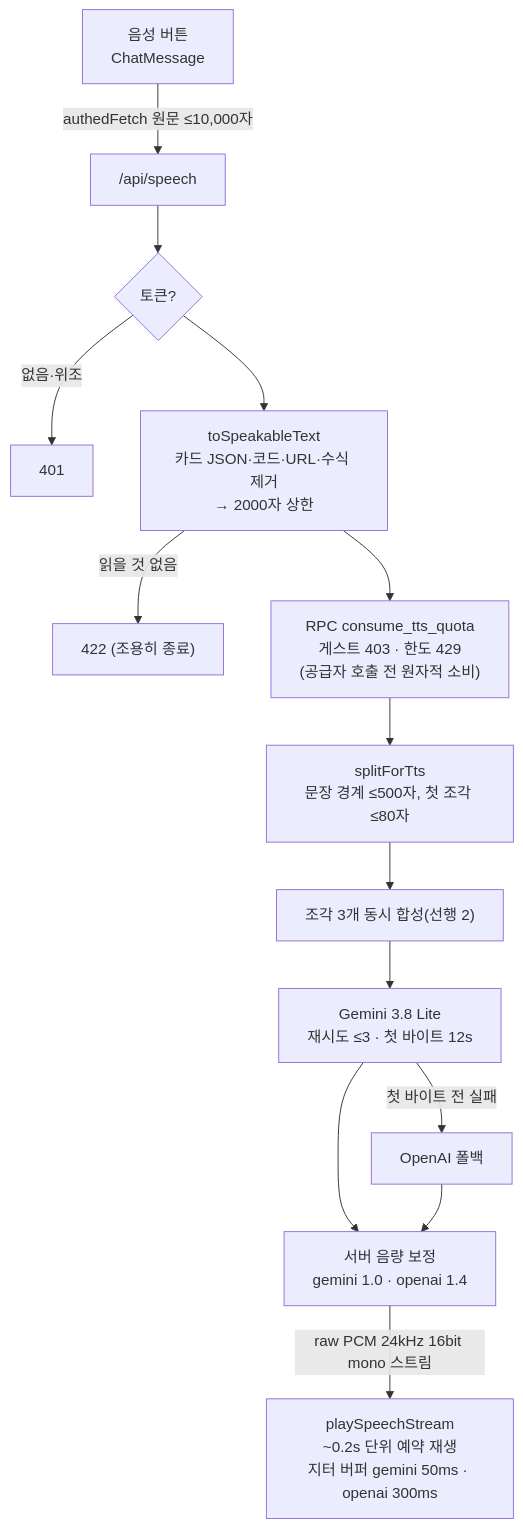
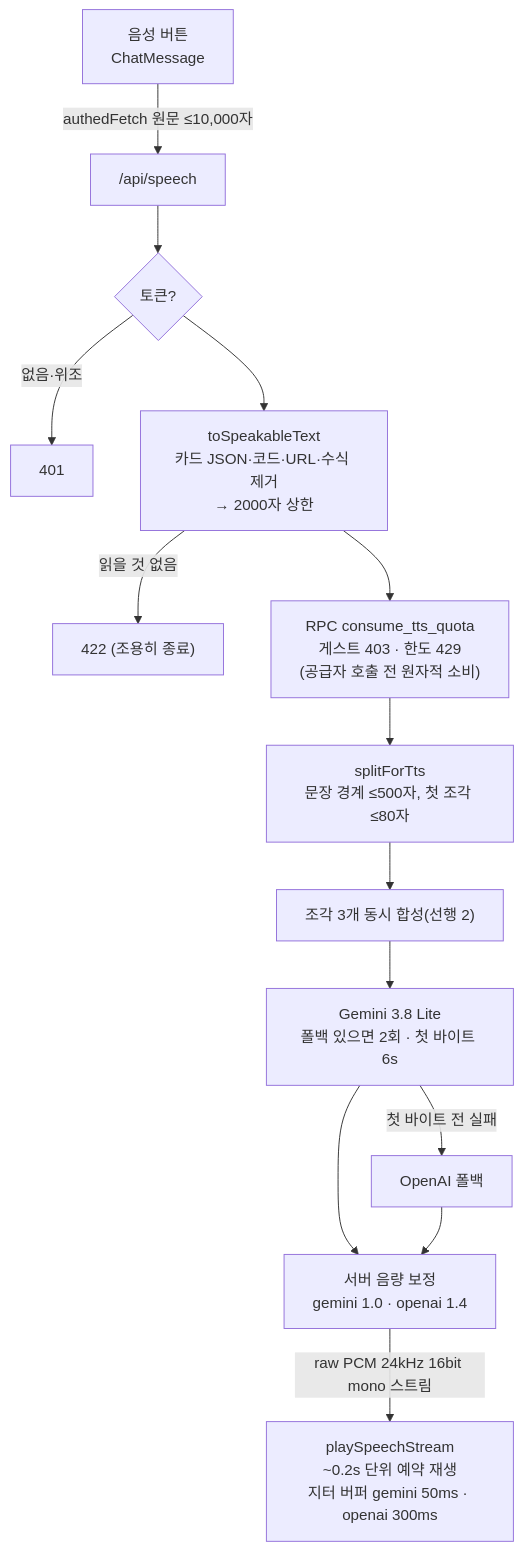
Before and after one commit to jpjp92/chat-agent: the diagram in docs/guide/REF_TTS.md, drawn with Mermaid. The commit also changed other lines of this file and 2 other files, not shown here.

````diff
--- a/docs/guide/REF_TTS.md
+++ b/docs/guide/REF_TTS.md
@@ -57,16 +57,16 @@
 ```mermaid
 flowchart TB
     Btn["음성 버튼<br/>ChatMessage"] -->|"authedFetch 원문 ≤10,000자"| Route["/api/speech"]
     Route --> Auth{"토큰?"}
     Auth -->|없음·위조| R401["401"]
     Auth --> Clean["toSpeakableText<br/>카드 JSON·코드·URL·수식 제거<br/>→ 2000자 상한"]
     Clean -->|읽을 것 없음| R422["422 (조용히 종료)"]
     Clean --> Quota["RPC consume_tts_quota<br/>게스트 403 · 한도 429<br/>(공급자 호출 전 원자적 소비)"]
     Quota --> Split["splitForTts<br/>문장 경계 ≤500자, 첫 조각 ≤80자"]
     Split --> Pre["조각 3개 동시 합성(선행 2)"]
-    Pre --> P1["Gemini 3.8 Lite<br/>재시도 ≤3 · 첫 바이트 12s"]
+    Pre --> P1["Gemini 3.8 Lite<br/>폴백 있으면 2회 · 첫 바이트 6s"]
     P1 -->|"첫 바이트 전 실패"| P2["OpenAI 폴백"]
     P1 --> Gain["서버 음량 보정<br/>gemini 1.0 · openai 1.4"]
     P2 --> Gain
     Gain -->|"raw PCM 24kHz 16bit mono 스트림"| Play["playSpeechStream<br/>~0.2s 단위 예약 재생<br/>지터 버퍼 gemini 50ms · openai 300ms"]
 ```
````
